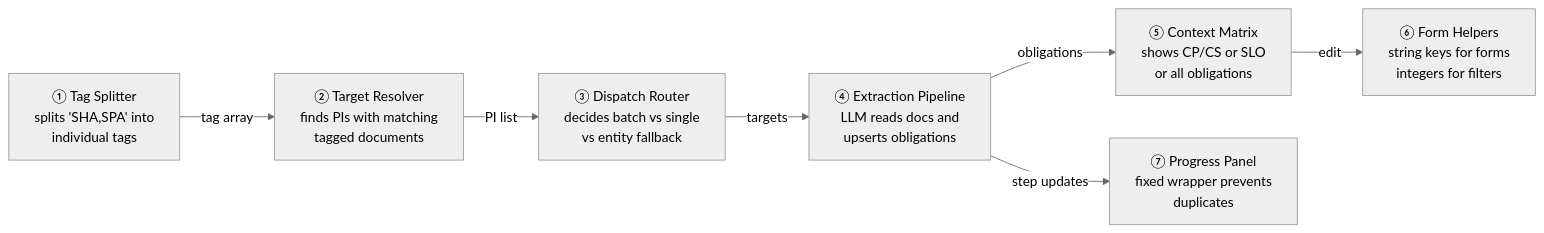
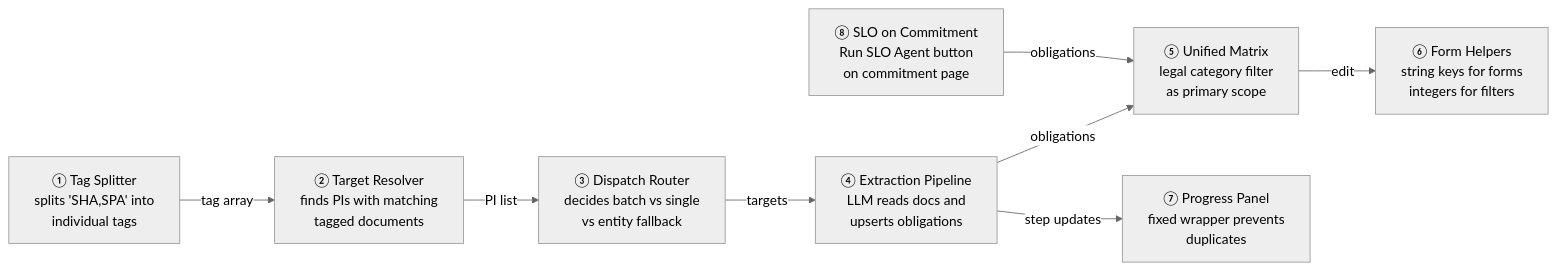
One commit to sampadadiwan/IRM_CompanyMain changed the first of 5 diagrams in openspec/changes/obligation-matrix-fixes/design.md. Above: the diagram before and after it, drawn with Mermaid (neutral theme). The commit also changed other lines of this file and 16 other files, not shown here.

First line of the commit message:
Unified obligation matrix, SLO commitment button, and post-run redirects

````diff
--- a/openspec/changes/obligation-matrix-fixes/design.md
+++ b/openspec/changes/obligation-matrix-fixes/design.md
@@ -57,16 +58,18 @@
 ```mermaid
 flowchart LR
     A["① Tag Splitter<br/>splits 'SHA,SPA' into<br/>individual tags"]
     B["② Target Resolver<br/>finds PIs with matching<br/>tagged documents"]
     C["③ Dispatch Router<br/>decides batch vs single<br/>vs entity fallback"]
     D["④ Extraction Pipeline<br/>LLM reads docs and<br/>upserts obligations"]
-    E["⑤ Context Matrix<br/>shows CP/CS or SLO<br/>or all obligations"]
+    E["⑤ Unified Matrix<br/>legal category filter<br/>as primary scope"]
     F["⑥ Form Helpers<br/>string keys for forms<br/>integers for filters"]
     G["⑦ Progress Panel<br/>fixed wrapper prevents<br/>duplicates"]
+    H["⑧ SLO on Commitment<br/>Run SLO Agent button<br/>on commitment page"]
     A -- "tag array" --> B
     B -- "PI list" --> C
     C -- "targets" --> D
     D -- "obligations" --> E
     E -- "edit" --> F
     D -- "step updates" --> G
+    H -- "obligations" --> E
 ```
````
